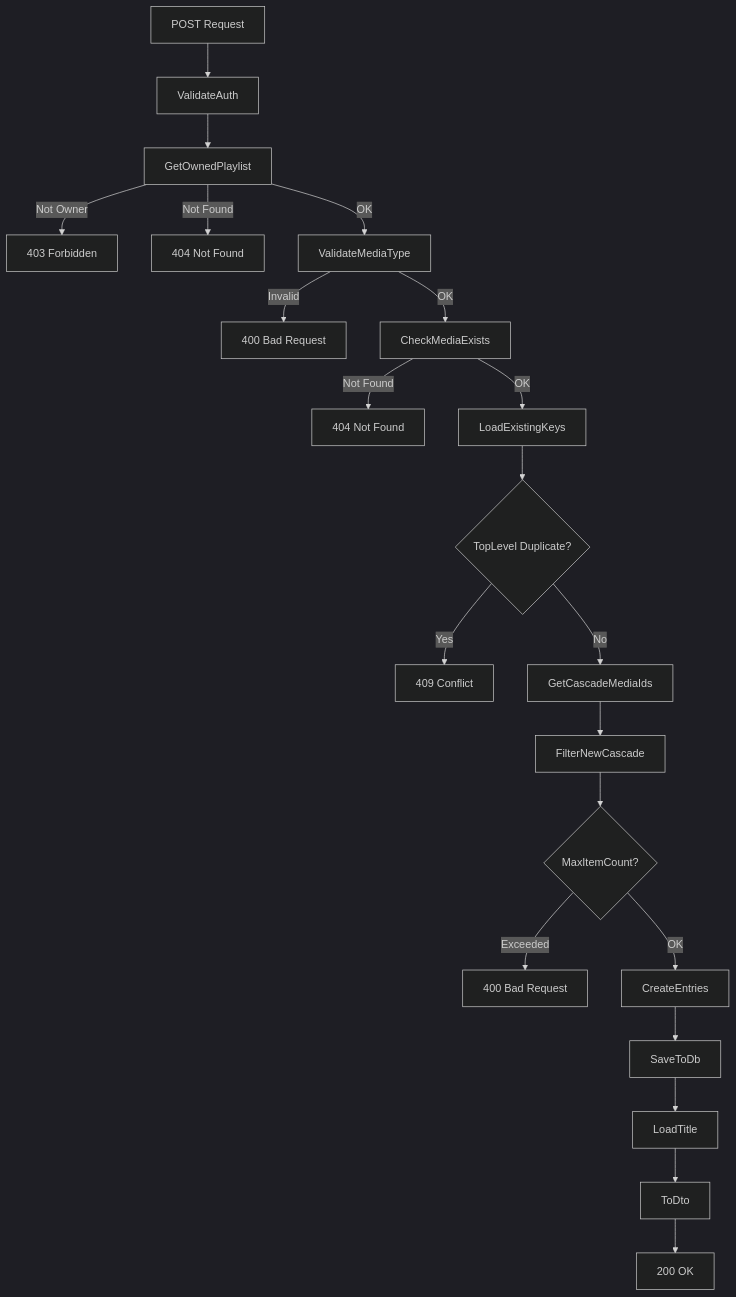
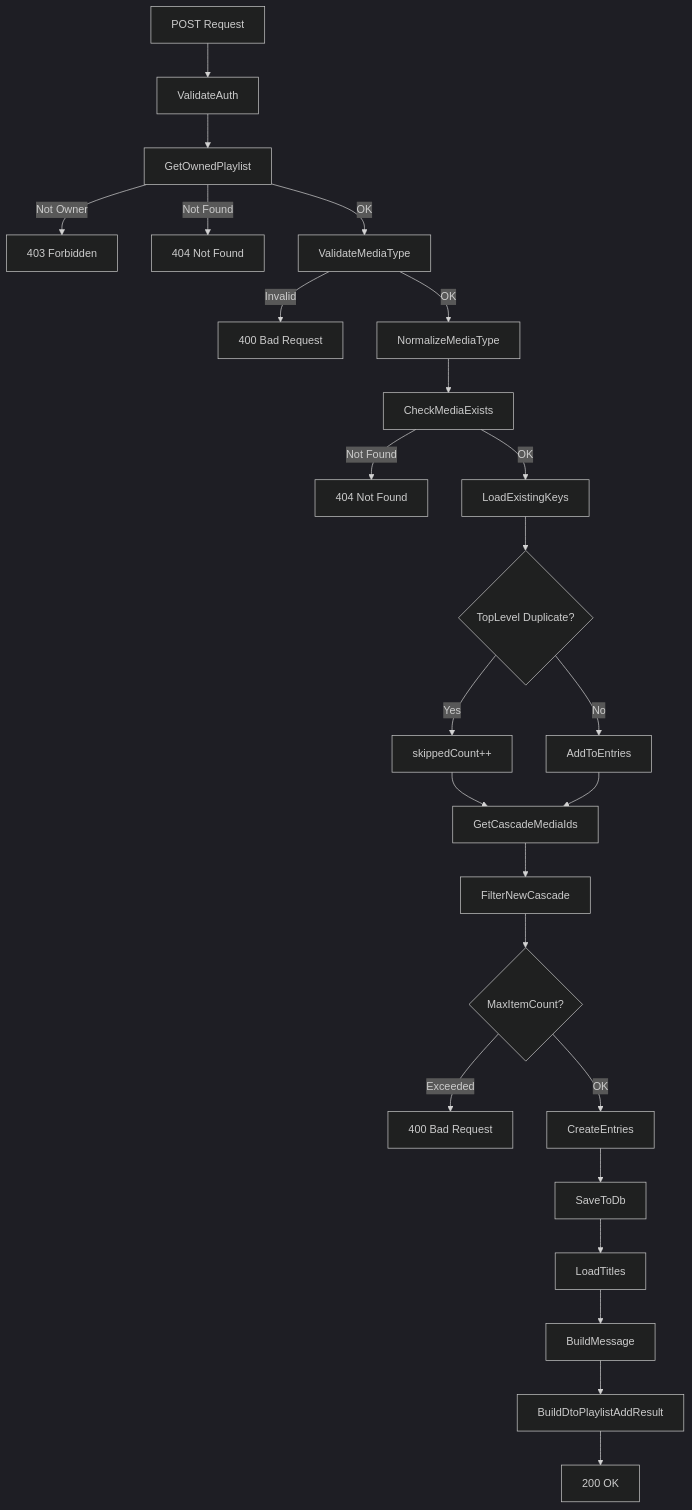
One commit to martin-stromberg/VideoPlayer changed the first of 2 diagrams in docs/help/playlists-ablauf-technisch.md. Above: the diagram before and after it, drawn with Mermaid (dark theme). The commit also changed other lines of this file and 30 other files, not shown here.

First line of the commit message:
fix: Playlists - Duplikate ueberspringen statt Fehler, MediaType konsistent normalisieren

````diff
--- a/docs/help/playlists-ablauf-technisch.md
+++ b/docs/help/playlists-ablauf-technisch.md
@@ -108,23 +122,27 @@
 ```mermaid
 flowchart TD
     A[POST Request] --> B[ValidateAuth]
     B --> C[GetOwnedPlaylist]
     C -->|Not Owner| C1[403 Forbidden]
     C -->|Not Found| C2[404 Not Found]
     C -->|OK| D[ValidateMediaType]
     D -->|Invalid| D1[400 Bad Request]
-    D -->|OK| E[CheckMediaExists]
-    E -->|Not Found| E1[404 Not Found]
-    E -->|OK| F[LoadExistingKeys]
-    F --> G{TopLevel Duplicate?}
-    G -->|Yes| G1[409 Conflict]
-    G -->|No| H[GetCascadeMediaIds]
-    H --> I[FilterNewCascade]
-    I --> J{MaxItemCount?}
-    J -->|Exceeded| J1[400 Bad Request]
-    J -->|OK| K[CreateEntries]
-    K --> L[SaveToDb]
-    L --> M[LoadTitle]
-    M --> N[ToDto]
-    N --> O[200 OK]
+    D -->|OK| E[NormalizeMediaType]
+    E --> F[CheckMediaExists]
+    F -->|Not Found| F1[404 Not Found]
+    F -->|OK| G[LoadExistingKeys]
+    G --> H{TopLevel Duplicate?}
+    H -->|Yes| H1[skippedCount++]
+    H -->|No| H2[AddToEntries]
+    H1 --> I[GetCascadeMediaIds]
+    H2 --> I
+    I --> J[FilterNewCascade]
+    J --> K{MaxItemCount?}
+    K -->|Exceeded| K1[400 Bad Request]
+    K -->|OK| L[CreateEntries]
+    L --> M[SaveToDb]
+    M --> N[LoadTitles]
+    N --> O[BuildMessage]
+    O --> P[BuildDtoPlaylistAddResult]
+    P --> Q[200 OK]
 ```
````
